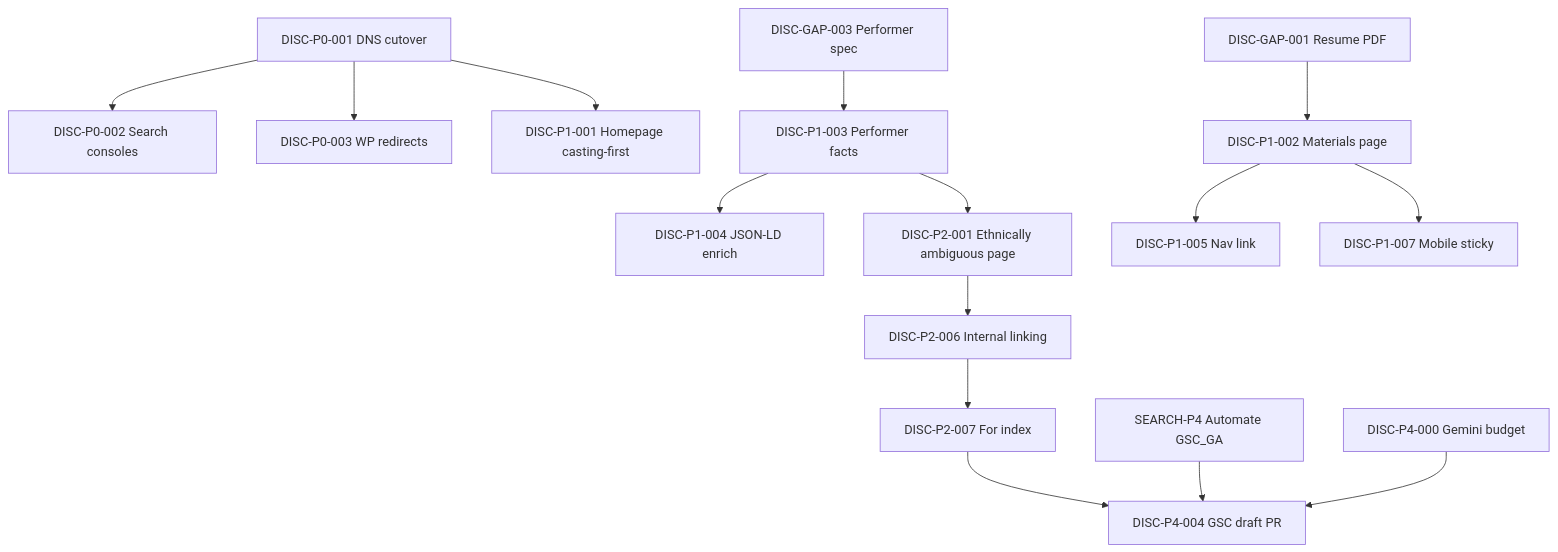
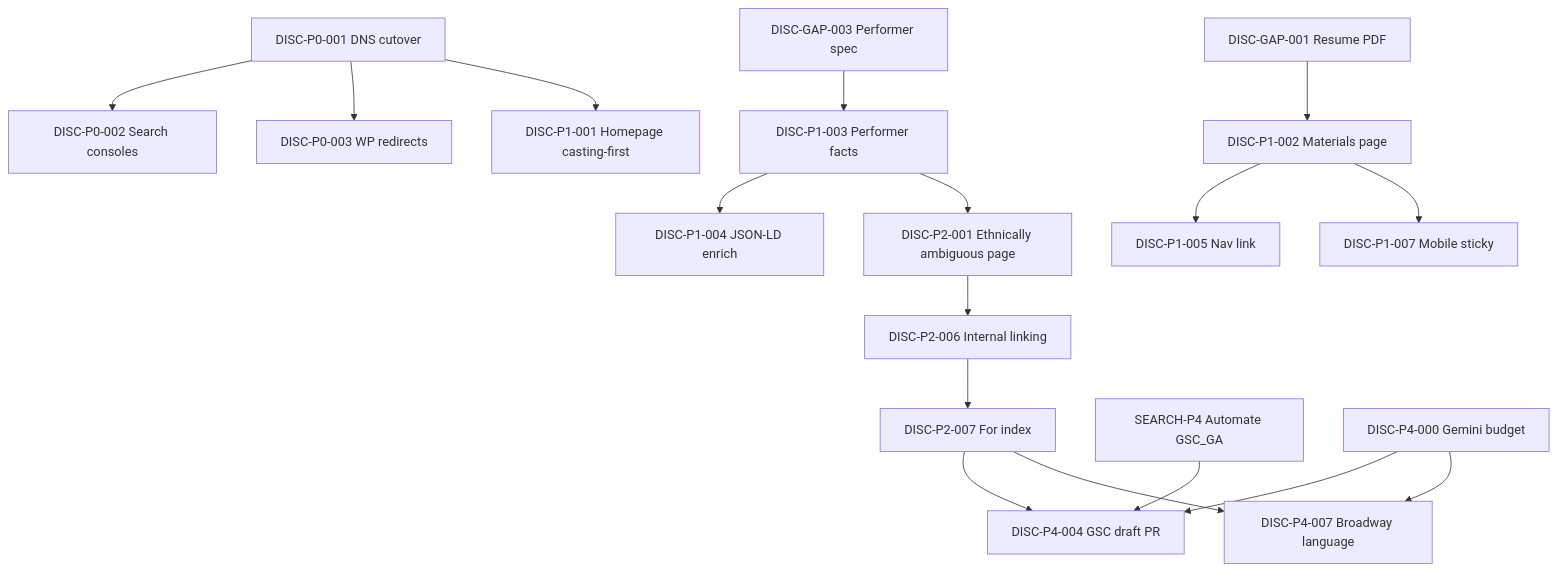
One commit to jefftindall/broadway-portfolio changed the second of 2 diagrams in docs/plans/casting-discoverability.md. Above: the diagram before and after it, drawn with Mermaid. The commit also changed other lines of this file and 2 other files, not shown here.

First line of the commit message:
DISC-P4-007/008: Dual-track Broadway casting keyword discovery

````diff
--- a/docs/plans/casting-discoverability.md
+++ b/docs/plans/casting-discoverability.md
@@ -646,33 +700,36 @@
 ```mermaid
 flowchart TD
   P0001[DISC-P0-001 DNS cutover]
   P0002[DISC-P0-002 Search consoles]
   P0003[DISC-P0-003 WP redirects]
   GAP003[DISC-GAP-003 Performer spec]
   GAP001[DISC-GAP-001 Resume PDF]
   P1001[DISC-P1-001 Homepage casting-first]
   P1002[DISC-P1-002 Materials page]
   P1003[DISC-P1-003 Performer facts]
   P1004[DISC-P1-004 JSON-LD enrich]
   P2001[DISC-P2-001 Ethnically ambiguous page]
   P2006[DISC-P2-006 Internal linking]
   P2007[DISC-P2-007 For index]
   SP4[SEARCH-P4 Automate GSC_GA]
   P4000[DISC-P4-000 Gemini budget]
   P4004[DISC-P4-004 GSC draft PR]
+  P4007[DISC-P4-007 Broadway language]
 
   P0001 --> P0002
   P0001 --> P0003
   P0001 --> P1001
   GAP001 --> P1002
   GAP003 --> P1003
   P1003 --> P1004
   P1003 --> P2001
   P1002 --> P1005[DISC-P1-005 Nav link]
   P1002 --> P1007[DISC-P1-007 Mobile sticky]
   P2001 --> P2006
   P2006 --> P2007
   P2007 --> P4004
   SP4 --> P4004
   P4000 --> P4004
+  P4000 --> P4007
+  P2007 --> P4007
 ```
````
